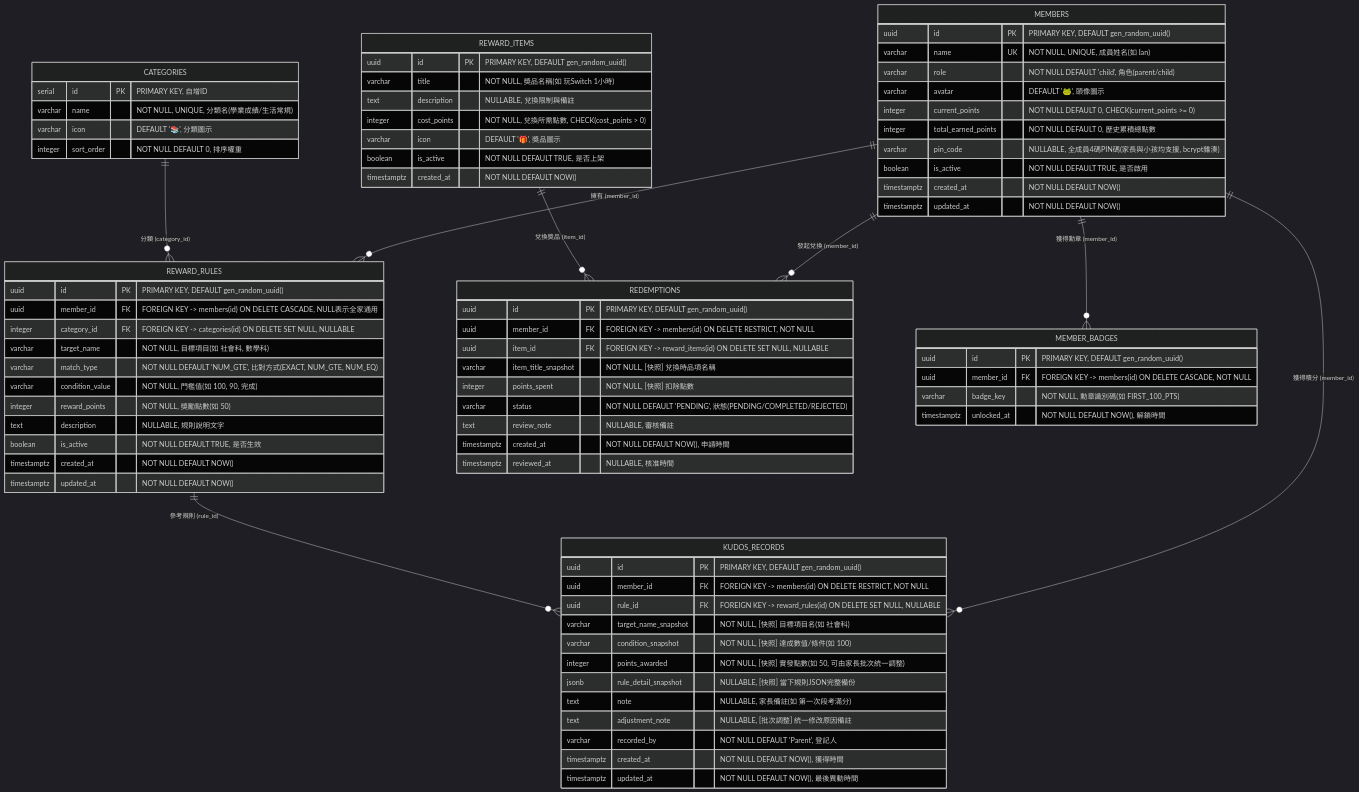
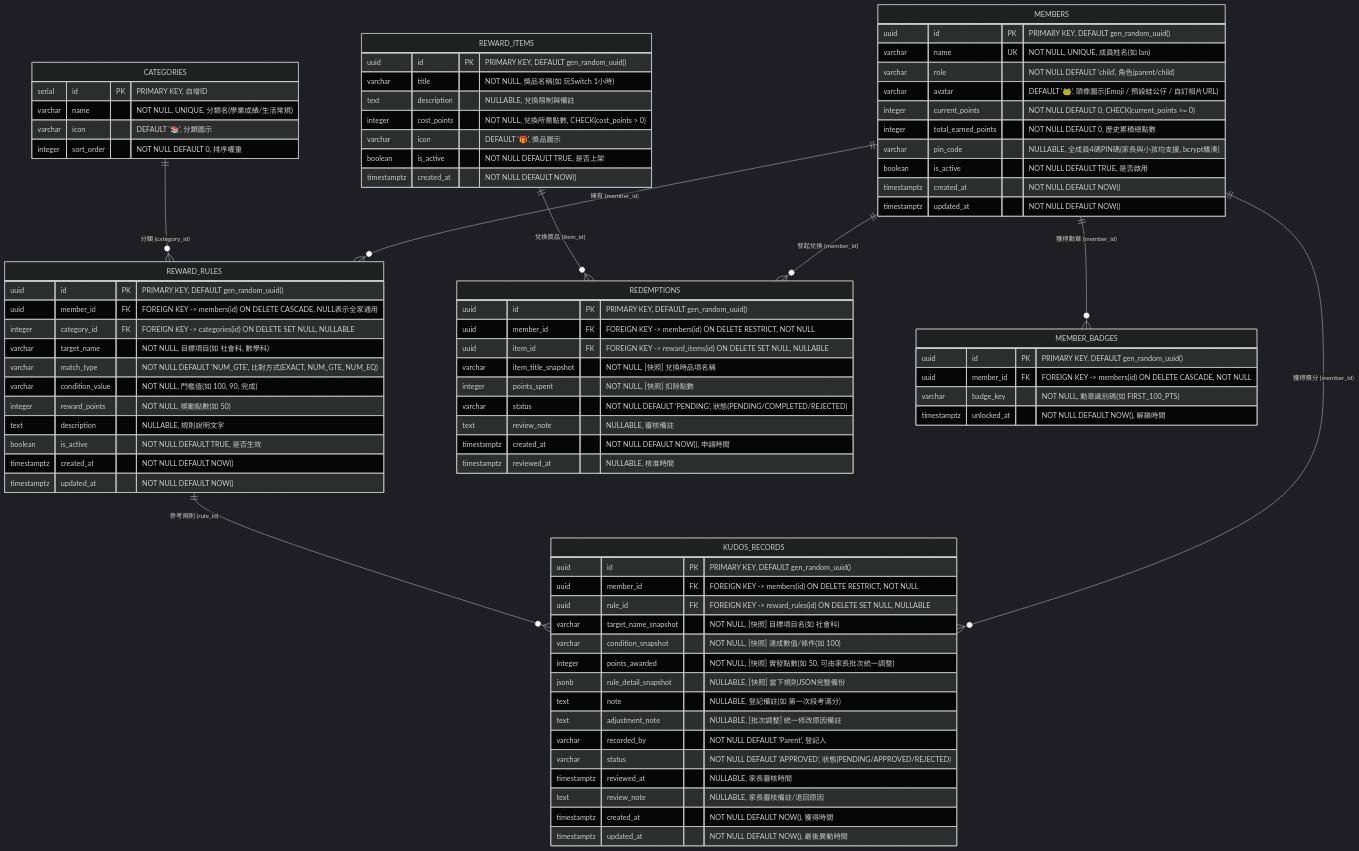
One commit to chinsonyeh/frog_kudos changed the first of 4 diagrams in DESIGN.md. Above: the diagram before and after it, drawn with Mermaid (dark theme). The commit also changed other lines of this file and 2 other files, not shown here.

```diff
--- a/DESIGN.md
+++ b/DESIGN.md
@@ -128,7 +128,7 @@
         uuid id PK "PRIMARY KEY, DEFAULT gen_random_uuid()"
         varchar name UK "NOT NULL, UNIQUE, 成員姓名(如 Ian)"
         varchar role "NOT NULL DEFAULT 'child', 角色(parent/child)"
-        varchar avatar "DEFAULT '🐸', 頭像圖示"
+        varchar avatar "DEFAULT '🐸', 頭像圖示(Emoji / 預設蛙公仔 / 自訂相片URL)"
         integer current_points "NOT NULL DEFAULT 0, CHECK(current_points >= 0)"
         integer total_earned_points "NOT NULL DEFAULT 0, 歷史累積總點數"
         varchar pin_code "NULLABLE, 全成員4碼PIN碼(家長與小孩均支援, bcrypt雜湊)"
@@ -166,9 +166,12 @@
         varchar condition_snapshot "NOT NULL, [快照] 達成數值/條件(如 100)"
         integer points_awarded "NOT NULL, [快照] 實發點數(如 50, 可由家長批次統一調整)"
         jsonb rule_detail_snapshot "NULLABLE, [快照] 當下規則JSON完整備份"
-        text note "NULLABLE, 家長備註(如 第一次段考滿分)"
+        text note "NULLABLE, 登記備註(如 第一次段考滿分)"
         text adjustment_note "NULLABLE, [批次調整] 統一修改原因備註"
         varchar recorded_by "NOT NULL DEFAULT 'Parent', 登記人"
+        varchar status "NOT NULL DEFAULT 'APPROVED', 狀態(PENDING/APPROVED/REJECTED)"
+        timestamptz reviewed_at "NULLABLE, 家長審核時間"
+        text review_note "NULLABLE, 家長審核備註/退回原因"
         timestamptz created_at "NOT NULL DEFAULT NOW(), 獲得時間"
         timestamptz updated_at "NOT NULL DEFAULT NOW(), 最後異動時間"
     }
```
